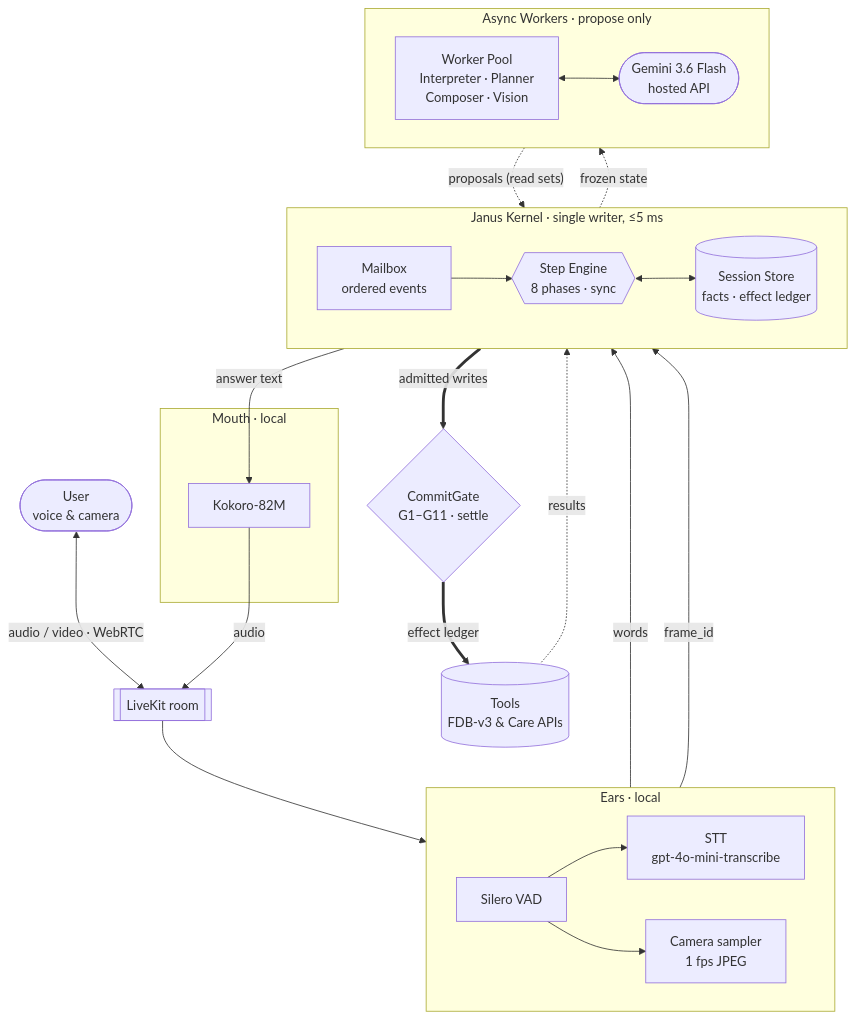
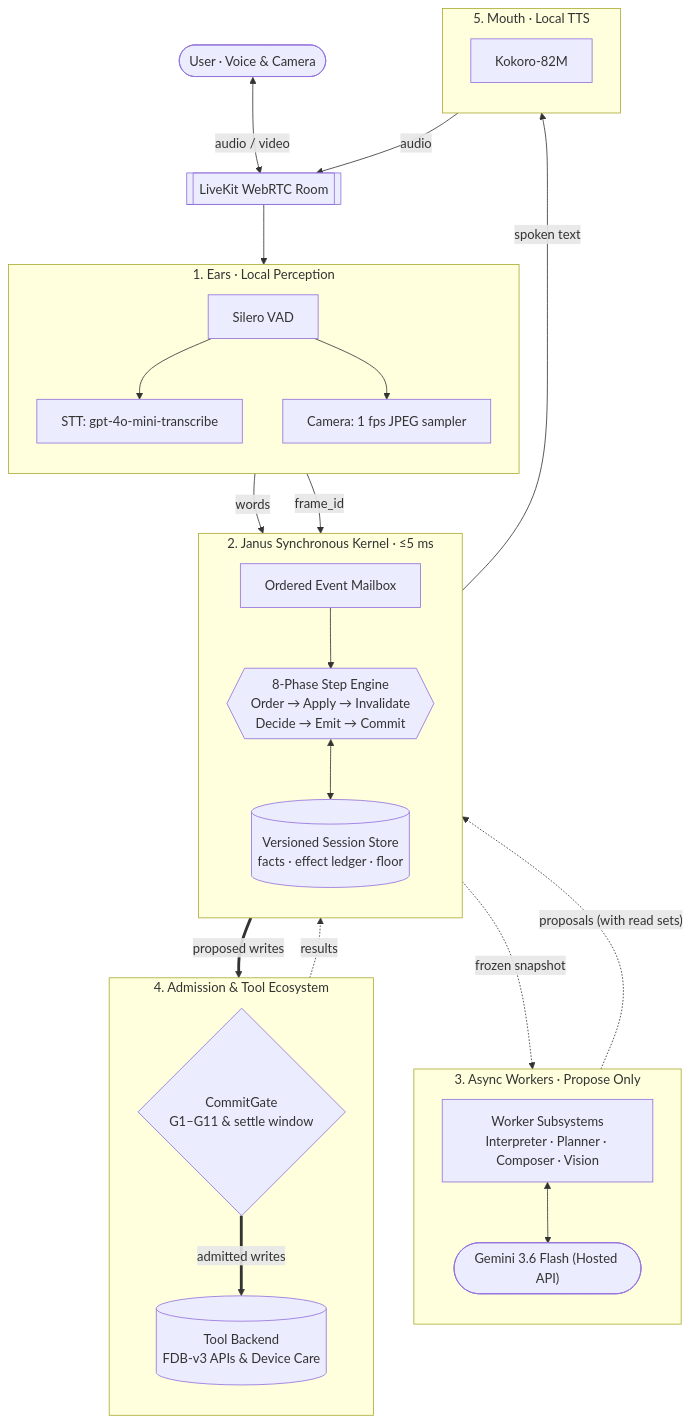
The second of 6 diagrams in README.md (AdithyaSanthosh-P/Janus), drawn with Mermaid before and after one commit. The commit also changed other lines of this file, not shown here.

Commit message:
Modify the readme to fix diagram rendering issues

````diff
--- a/README.md
+++ b/README.md
@@ -77,44 +77,52 @@
 ```mermaid
 flowchart TB
-    U(["User<br/>voice & camera"]) <-->|"audio / video · WebRTC"| ROOM[["LiveKit room"]]
+    U(["User · Voice & Camera"])
+    ROOM[["LiveKit WebRTC Room"]]
+    U <-->|"audio / video"| ROOM
+
+    subgraph EARS["1. Ears · Local Perception"]
+        direction TB
+        VAD["Silero VAD"]
+        ASR["STT: gpt-4o-mini-transcribe"]
+        CAM["Camera: 1 fps JPEG sampler"]
+        VAD --> ASR
+        VAD --> CAM
+    end
     ROOM --> VAD
 
-    subgraph EARS["Ears · local"]
-        direction LR
-        VAD["Silero VAD"] --> ASR["STT<br/>gpt-4o-mini-transcribe"]
-        VAD --> CAM["Camera sampler<br/>1 fps JPEG"]
+    subgraph KERNEL["2. Janus Synchronous Kernel · ≤5 ms"]
+        direction TB
+        MAILBOX["Ordered Event Mailbox"]
+        ENGINE{{"8-Phase Step Engine<br/>Order → Apply → Invalidate<br/>Decide → Emit → Commit"}}
+        STORE[("Versioned Session Store<br/>facts · effect ledger · floor")]
+        MAILBOX --> ENGINE
+        ENGINE <--> STORE
     end
-
     ASR -->|words| MAILBOX
     CAM -->|frame_id| MAILBOX
 
-    subgraph KERNEL["Janus Kernel · single writer, ≤5 ms"]
-        direction LR
-        MAILBOX["Mailbox<br/>ordered events"]
-        ENGINE{{"Step Engine<br/>8 phases · sync"}}
-        STORE[("Session Store<br/>facts · effect ledger")]
-        MAILBOX --> ENGINE
-        ENGINE <--> STORE
-    end
-
-    subgraph WORKERS["Async Workers · propose only"]
-        direction LR
-        POOL["Worker Pool<br/>Interpreter · Planner<br/>Composer · Vision"]
-        LLM(["Gemini 3.6 Flash<br/>hosted API"])
+    subgraph WORKERS["3. Async Workers · Propose Only"]
+        direction TB
+        POOL["Worker Subsystems<br/>Interpreter · Planner · Composer · Vision"]
+        LLM(["Gemini 3.6 Flash (Hosted API)"])
         POOL <--> LLM
     end
+    ENGINE -.->|"frozen snapshot"| POOL
+    POOL -.->|"proposals (with read sets)"| MAILBOX
 
-    ENGINE -.->|"frozen state"| POOL
-    POOL -.->|"proposals (read sets)"| MAILBOX
-
-    GATE{"CommitGate<br/>G1–G11 · settle"}
-    ENGINE ==>|"admitted writes"| GATE
-    GATE ==>|"effect ledger"| TOOLS[("Tools<br/>FDB-v3 & Care APIs")]
+    subgraph SAFETY["4. Admission & Tool Ecosystem"]
+        direction TB
+        GATE{"CommitGate<br/>G1–G11 & settle window"}
+        TOOLS[("Tool Backend<br/>FDB-v3 APIs & Device Care")]
+        GATE ==>|"admitted writes"| TOOLS
+    end
+    ENGINE ==>|"proposed writes"| GATE
     TOOLS -.->|results| MAILBOX
 
-    ENGINE -->|"answer text"| TTS
-    subgraph MOUTH["Mouth · local"]
+    subgraph MOUTH["5. Mouth · Local TTS"]
+        direction TB
         TTS["Kokoro-82M"]
     end
+    ENGINE -->|"spoken text"| TTS
     TTS -->|audio| ROOM
 ```
````
